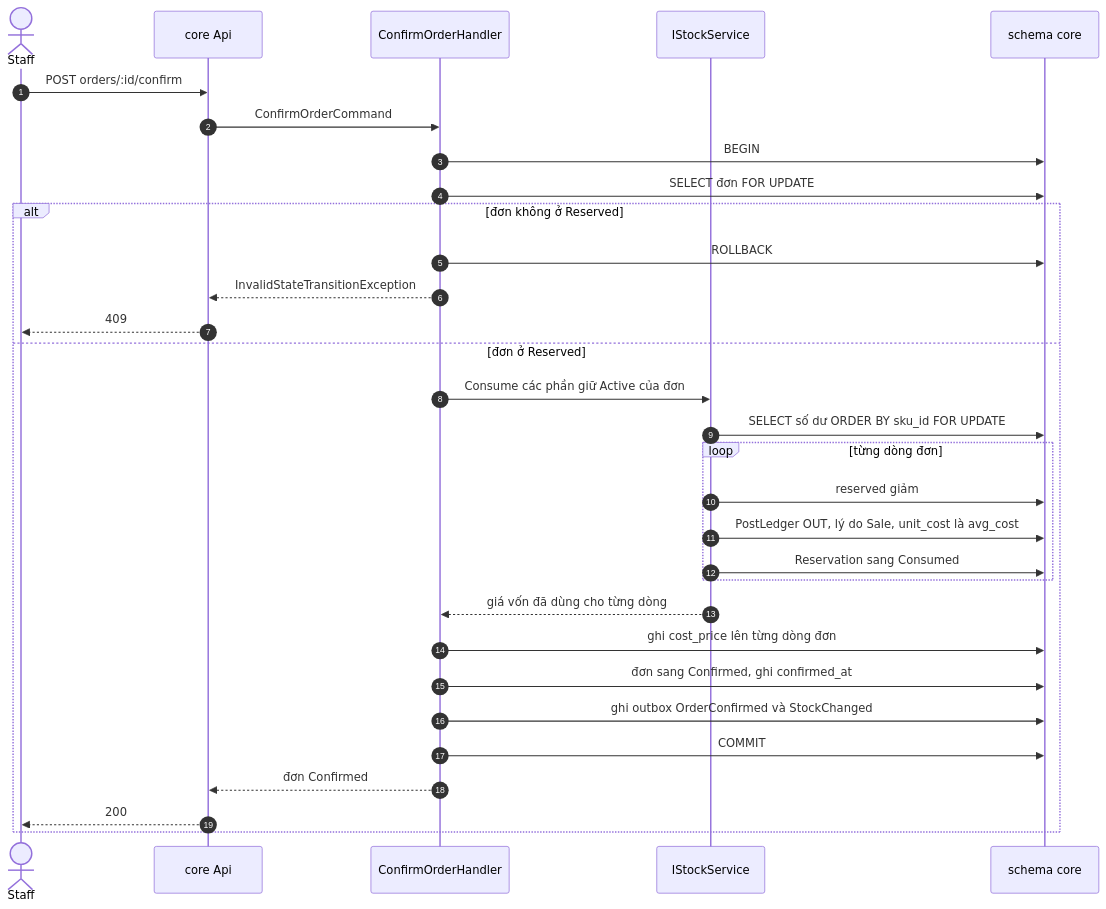
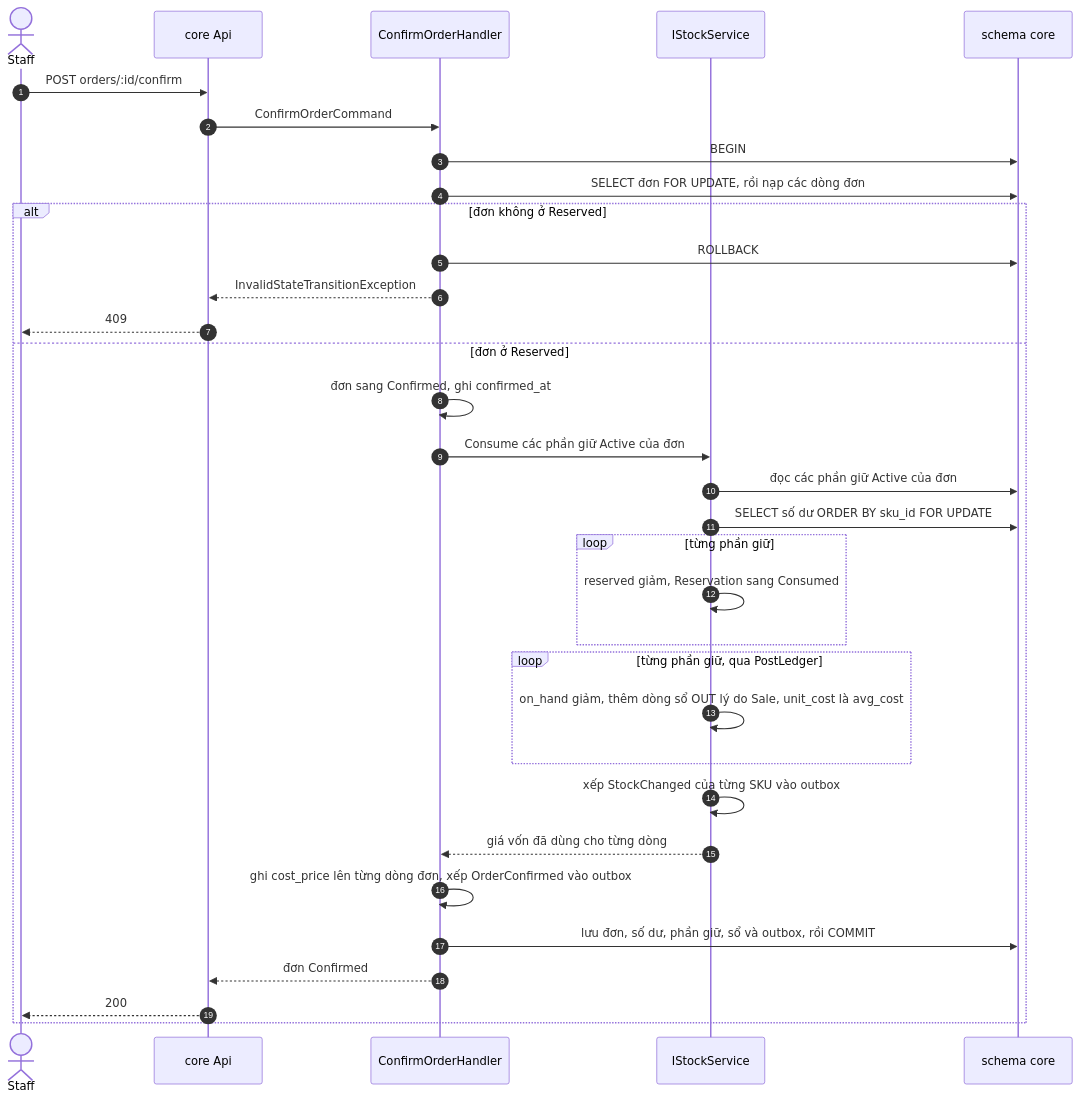
The diagram in docs/design/flows/confirm-order.md (kapfm789/XDPMOOP), drawn with Mermaid before and after one commit. The commit also changed other lines of this file and 39 other files, not shown here.

````diff
--- a/docs/design/flows/confirm-order.md
+++ b/docs/design/flows/confirm-order.md
@@ -5,34 +5,36 @@
 ```mermaid
 sequenceDiagram
   autonumber
   actor Staff
   participant Api as core Api
   participant UC as ConfirmOrderHandler
   participant Stock as IStockService
   participant DB as schema core
 
   Staff->>Api: POST orders/:id/confirm
   Api->>UC: ConfirmOrderCommand
   UC->>DB: BEGIN
-  UC->>DB: SELECT đơn FOR UPDATE
+  UC->>DB: SELECT đơn FOR UPDATE, rồi nạp các dòng đơn
   alt đơn không ở Reserved
     UC->>DB: ROLLBACK
     UC-->>Api: InvalidStateTransitionException
     Api-->>Staff: 409
   else đơn ở Reserved
+    UC->>UC: đơn sang Confirmed, ghi confirmed_at
     UC->>Stock: Consume các phần giữ Active của đơn
+    Stock->>DB: đọc các phần giữ Active của đơn
     Stock->>DB: SELECT số dư ORDER BY sku_id FOR UPDATE
-    loop từng dòng đơn
-      Stock->>DB: reserved giảm
-      Stock->>DB: PostLedger OUT, lý do Sale, unit_cost là avg_cost
-      Stock->>DB: Reservation sang Consumed
+    loop từng phần giữ
+      Stock->>Stock: reserved giảm, Reservation sang Consumed
     end
+    loop từng phần giữ, qua PostLedger
+      Stock->>Stock: on_hand giảm, thêm dòng sổ OUT lý do Sale, unit_cost là avg_cost
+    end
+    Stock->>Stock: xếp StockChanged của từng SKU vào outbox
     Stock-->>UC: giá vốn đã dùng cho từng dòng
-    UC->>DB: ghi cost_price lên từng dòng đơn
-    UC->>DB: đơn sang Confirmed, ghi confirmed_at
-    UC->>DB: ghi outbox OrderConfirmed và StockChanged
-    UC->>DB: COMMIT
+    UC->>UC: ghi cost_price lên từng dòng đơn, xếp OrderConfirmed vào outbox
+    UC->>DB: lưu đơn, số dư, phần giữ, sổ và outbox, rồi COMMIT
     UC-->>Api: đơn Confirmed
     Api-->>Staff: 200
   end
 ```
````
